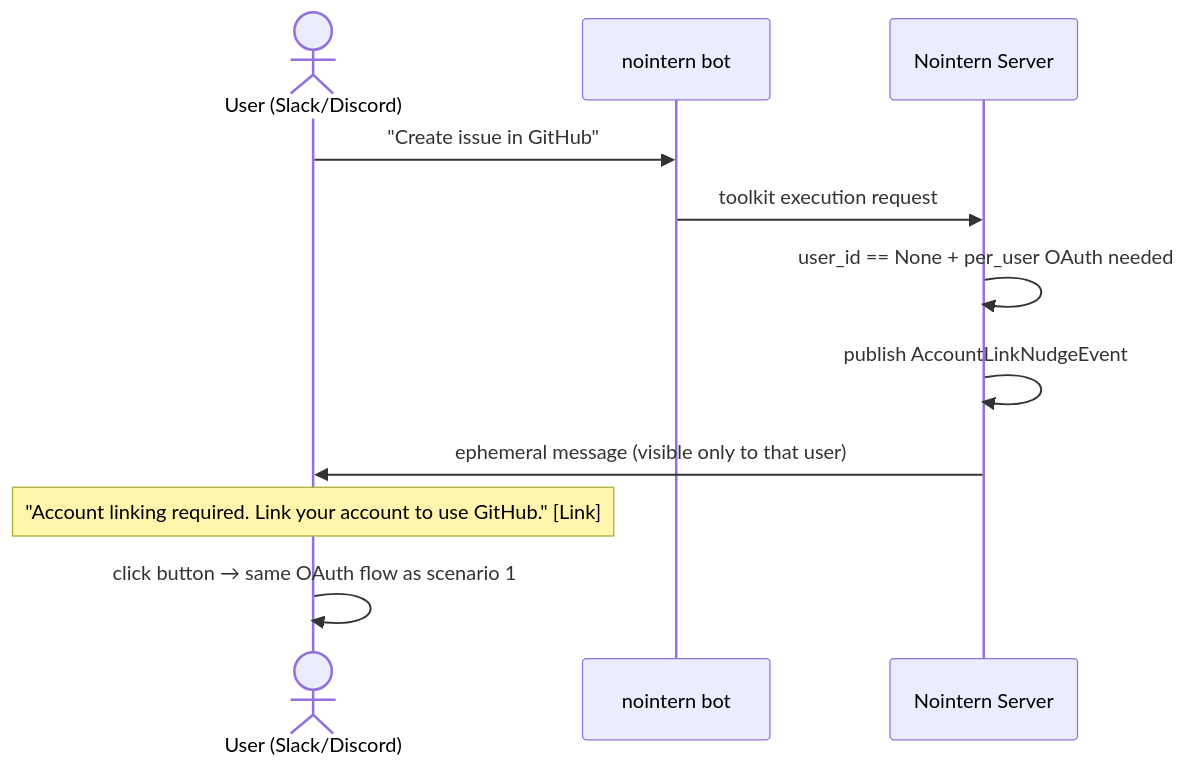
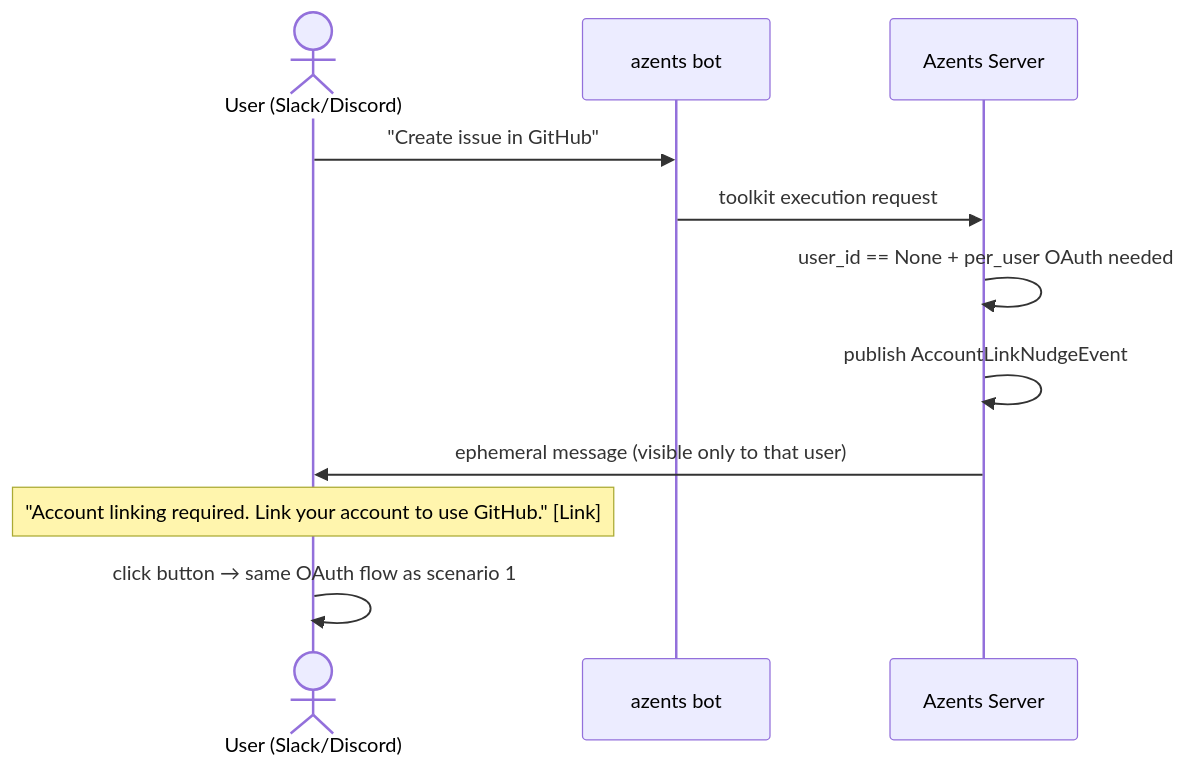
Before and after one commit to azents/azents: the second of 4 diagrams in docs/azents/design/account-260315-account-linking.md, drawn with Mermaid. The commit also changed other lines of this file and 245 other files, not shown here.

````diff
--- a/docs/azents/design/account-260315-account-linking.md
+++ b/docs/azents/design/account-260315-account-linking.md
@@ -97,16 +97,16 @@
 ```mermaid
 sequenceDiagram
     actor U as User (Slack/Discord)
-    participant Bot as nointern bot
-    participant Server as Nointern Server
+    participant Bot as azents bot
+    participant Server as Azents Server
 
     U->>Bot: "Create issue in GitHub"
     Bot->>Server: toolkit execution request
     Server->>Server: user_id == None + per_user OAuth needed
     Server->>Server: publish AccountLinkNudgeEvent
 
     Server->>U: ephemeral message (visible only to that user)
     Note over U: "Account linking required. Link your account to use GitHub." [Link]
 
     U->>U: click button → same OAuth flow as scenario 1
 ```
````
